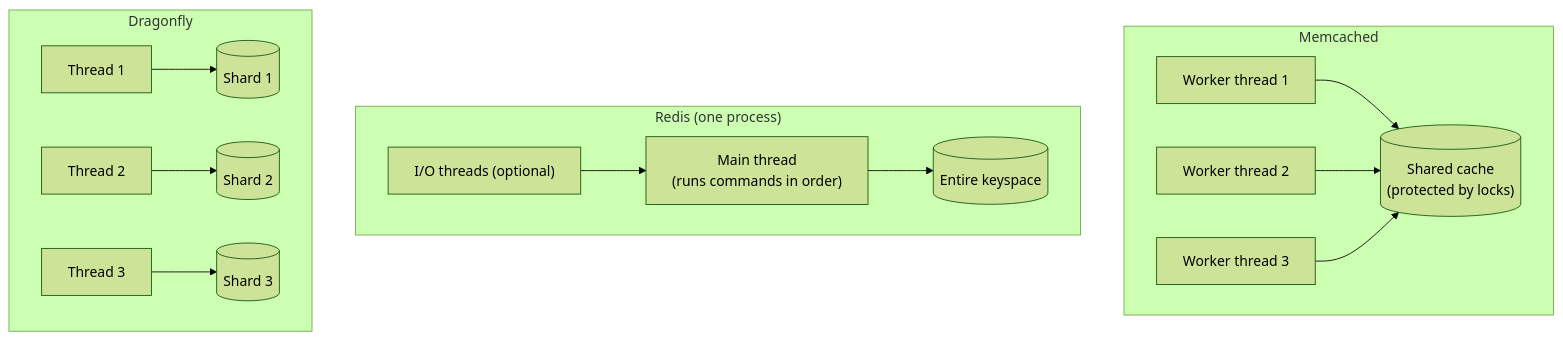
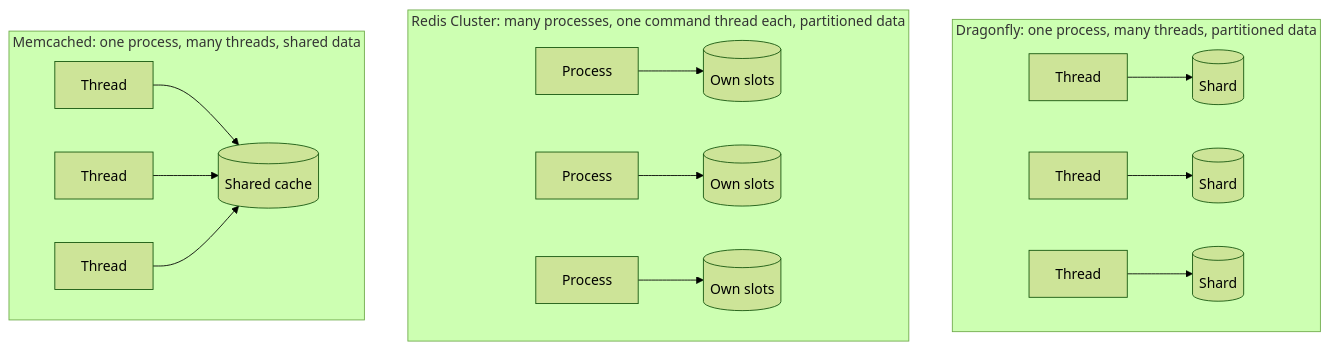
Before and after one commit to bmf-san/bmf-tech: the fifth of 5 diagrams in content/en/posts/redis-memcached-dragonfly-architecture.md, drawn with Mermaid (forest theme). The commit also changed other lines of this file and 1 other file, not shown here.

Commit message:
docs: Redis・Memcached・Dragonfly記事にプロセス・スレッド・コアの構成図を追加

````diff
--- a/content/en/posts/redis-memcached-dragonfly-architecture.md
+++ b/content/en/posts/redis-memcached-dragonfly-architecture.md
@@ -76,17 +173,21 @@
 ```mermaid
 flowchart TB
-    subgraph MC["Memcached"]
-        MW1["Worker thread 1"] --> MH[("Shared cache<br/>(protected by locks)")]
-        MW2["Worker thread 2"] --> MH
-        MW3["Worker thread 3"] --> MH
+    subgraph DF["Dragonfly: one process, many threads, partitioned data"]
+        direction LR
+        DT1["Thread"] --> DD1[("Shard")]
+        DT2["Thread"] --> DD2[("Shard")]
+        DT3["Thread"] --> DD3[("Shard")]
     end
-    subgraph RD["Redis (one process)"]
-        RIO["I/O threads (optional)"] --> RM["Main thread<br/>(runs commands in order)"]
-        RM --> RH[("Entire keyspace")]
+    subgraph RC["Redis Cluster: many processes, one command thread each, partitioned data"]
+        direction LR
+        RP1["Process"] --> RD1[("Own slots")]
+        RP2["Process"] --> RD2[("Own slots")]
+        RP3["Process"] --> RD3[("Own slots")]
     end
-    subgraph DF["Dragonfly"]
-        DT1["Thread 1"] --> DS1[("Shard 1")]
-        DT2["Thread 2"] --> DS2[("Shard 2")]
-        DT3["Thread 3"] --> DS3[("Shard 3")]
+    subgraph MC["Memcached: one process, many threads, shared data"]
+        direction LR
+        MT1["Thread"] --> MD[("Shared cache")]
+        MT2["Thread"] --> MD
+        MT3["Thread"] --> MD
     end
 ```
````
